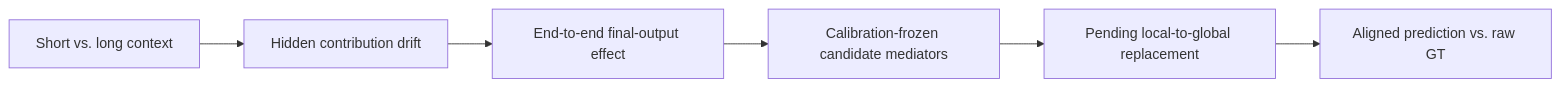
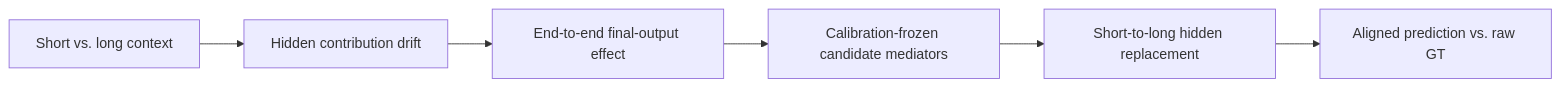
Before and after one commit to Tracyou07/VGGT_Hallucination: the diagram in 2026-07-30_Camera_Hidden_Causal_Tracing_Findings.md, drawn with Mermaid. The commit also changed other lines of this file and 19 other files, not shown here.

Commit message:
Add short-to-long camera hidden replacement study

````diff
--- a/2026-07-30_Camera_Hidden_Causal_Tracing_Findings.md
+++ b/2026-07-30_Camera_Hidden_Causal_Tracing_Findings.md
@@ -14,8 +14,8 @@
 ```mermaid
 flowchart LR
     A[Short vs. long context] --> B[Hidden contribution drift]
     B --> C[End-to-end final-output effect]
     C --> D[Calibration-frozen candidate mediators]
-    D --> E[Pending local-to-global replacement]
+    D --> E[Short-to-long hidden replacement]
     E --> F[Aligned prediction vs. raw GT]
 ```
````
